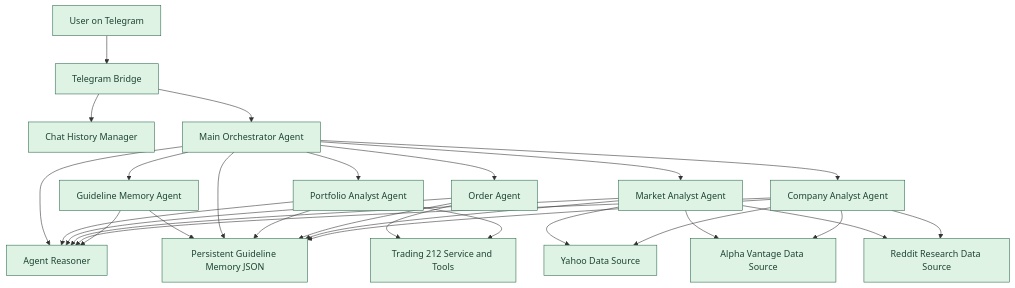
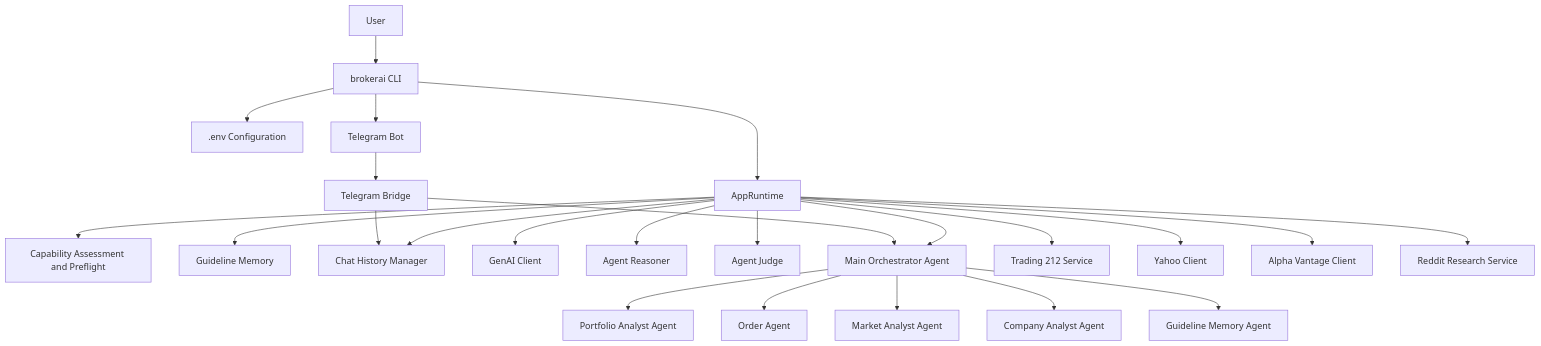
Before and after one commit to applebar17/T212AI: the first of 9 diagrams in docs/ARCHITECTURE_DIAGRAMS.md, drawn with Mermaid. The commit also changed other lines of this file and 1 other file, not shown here.

````diff
--- a/docs/ARCHITECTURE_DIAGRAMS.md
+++ b/docs/ARCHITECTURE_DIAGRAMS.md
@@ -12,40 +9,30 @@
 ```mermaid
 flowchart TD
-    U[User on Telegram] --> TG[Telegram Bridge]
-    TG --> HIST[Chat History Manager]
-    TG --> ORCH[Main Orchestrator Agent]
+    U[User] --> CLI[brokerai CLI]
+    CLI --> CFG[.env Configuration]
+    CLI --> RT[AppRuntime]
+
+    RT --> ASSESS[Capability Assessment and Preflight]
+    RT --> GUIDE[Guideline Memory]
+    RT --> HIST[Chat History Manager]
+    RT --> GENAI[GenAI Client]
+    RT --> REASON[Agent Reasoner]
+    RT --> JUDGE[Agent Judge]
+    RT --> ORCH[Main Orchestrator Agent]
 
     ORCH --> PORT[Portfolio Analyst Agent]
     ORCH --> ORDER[Order Agent]
     ORCH --> MARKET[Market Analyst Agent]
     ORCH --> COMPANY[Company Analyst Agent]
     ORCH --> MEMORY[Guideline Memory Agent]
 
-    ORCH --> REASON[Agent Reasoner]
-    PORT --> REASON
-    ORDER --> REASON
-    MARKET --> REASON
-    COMPANY --> REASON
-    MEMORY --> REASON
+    RT --> T212[Trading 212 Service]
+    RT --> YAHOO[Yahoo Client]
+    RT --> ALPHA[Alpha Vantage Client]
+    RT --> REDDIT[Reddit Research Service]
 
-    MEMORY --> GUIDE[Persistent Guideline Memory JSON]
-    ORCH --> GUIDE
-    PORT --> GUIDE
-    ORDER --> GUIDE
-    MARKET --> GUIDE
-    COMPANY --> GUIDE
-
-    ORDER --> T212[Trading 212 Service and Tools]
-    PORT --> T212
-    MARKET --> YAHOO[Yahoo Data Source]
-    MARKET --> ALPHA[Alpha Vantage Data Source]
-    MARKET --> REDDIT[Reddit Research Data Source]
-    COMPANY --> YAHOO
-    COMPANY --> ALPHA
-    COMPANY --> REDDIT
-
-    classDef implemented fill:#dff3e4,stroke:#2d6a4f,color:#1b4332;
-    classDef partial fill:#fff3cd,stroke:#b08900,color:#5f3b00;
-
-    class U,TG,HIST,ORCH,PORT,ORDER,MARKET,COMPANY,MEMORY,REASON,GUIDE,T212,YAHOO,ALPHA,REDDIT implemented;
+    CLI --> BOT[Telegram Bot]
+    BOT --> TG[Telegram Bridge]
+    TG --> HIST
+    TG --> ORCH
 ```
````
